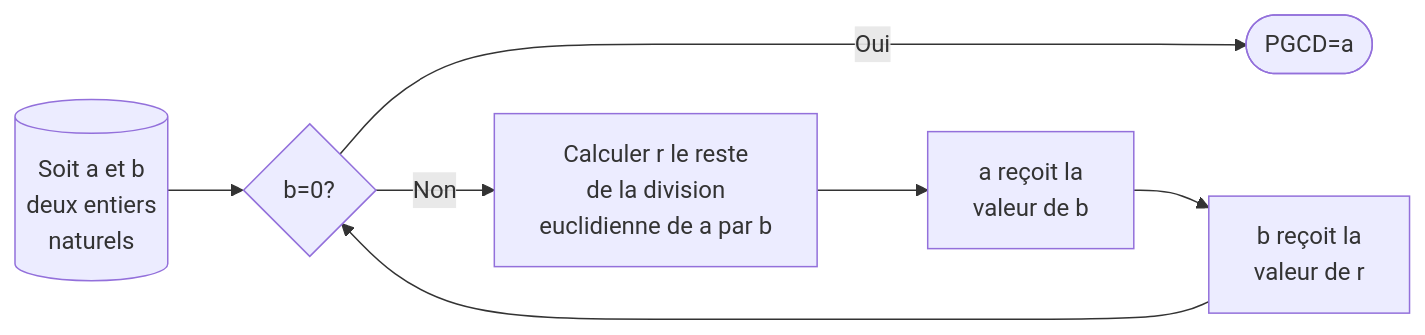
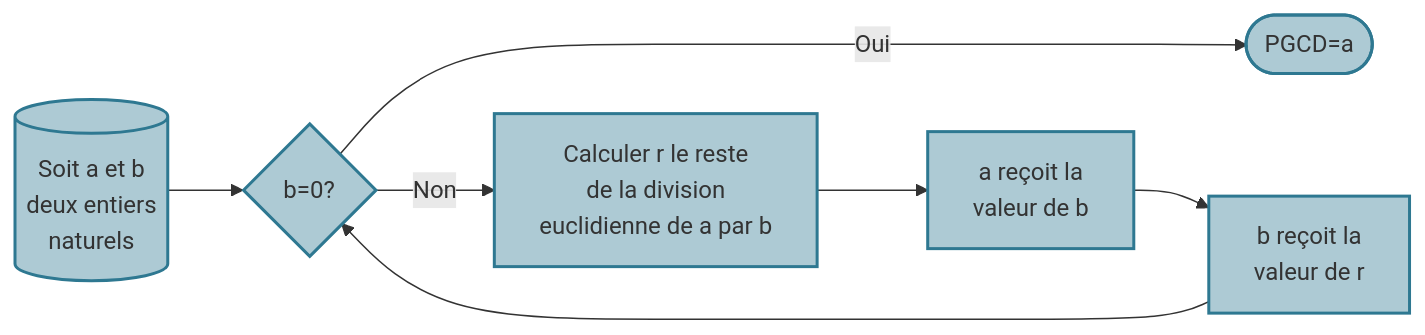
The second of 2 diagrams in docs/premiere/algo.md (adrientaudiere/cours_nsi), drawn with Mermaid before and after one commit. The commit also changed 6 other files, not shown here.

````diff
--- a/docs/premiere/algo.md
+++ b/docs/premiere/algo.md
@@ -46,9 +46,10 @@
 ```mermaid
 graph LR
     A[(Soit a et b <br> deux entiers <br> naturels)] --> B{b=0?}
     B ---->|Oui| C([PGCD=a])
     B -->|Non| D[Calculer r le reste <br> de la division <br> euclidienne de a par b]
     D --> E[a reçoit la <br> valeur de b]
     E --> F[b reçoit la <br> valeur de r]
     F --> B
+    classDef default fill:#2e789163,stroke:#2e7891,stroke-width:2px;
 ```
````
